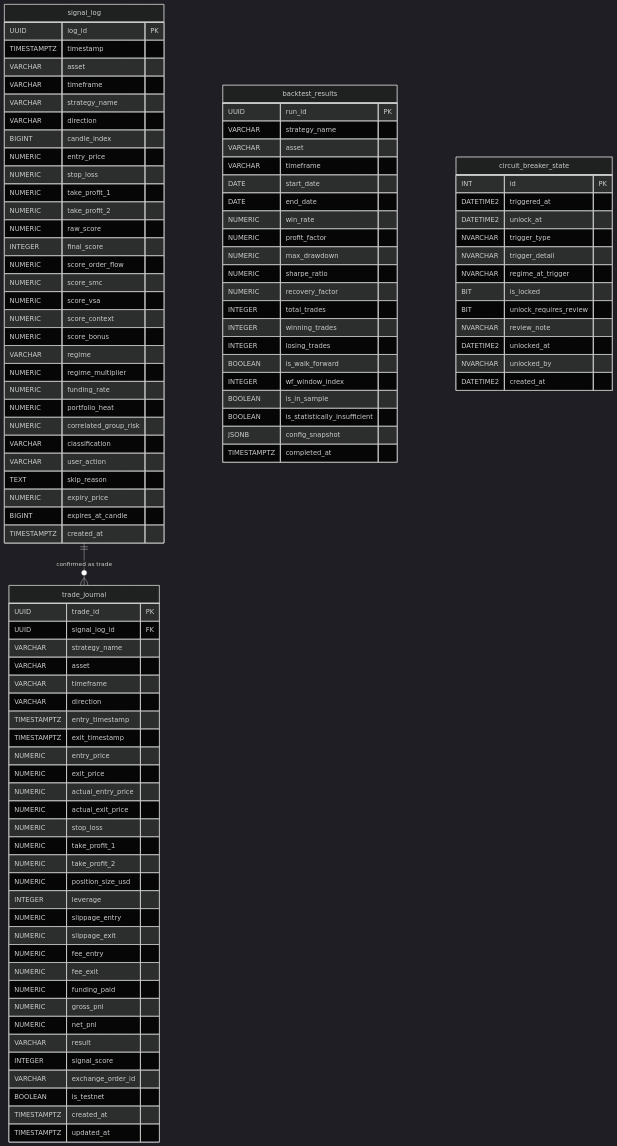
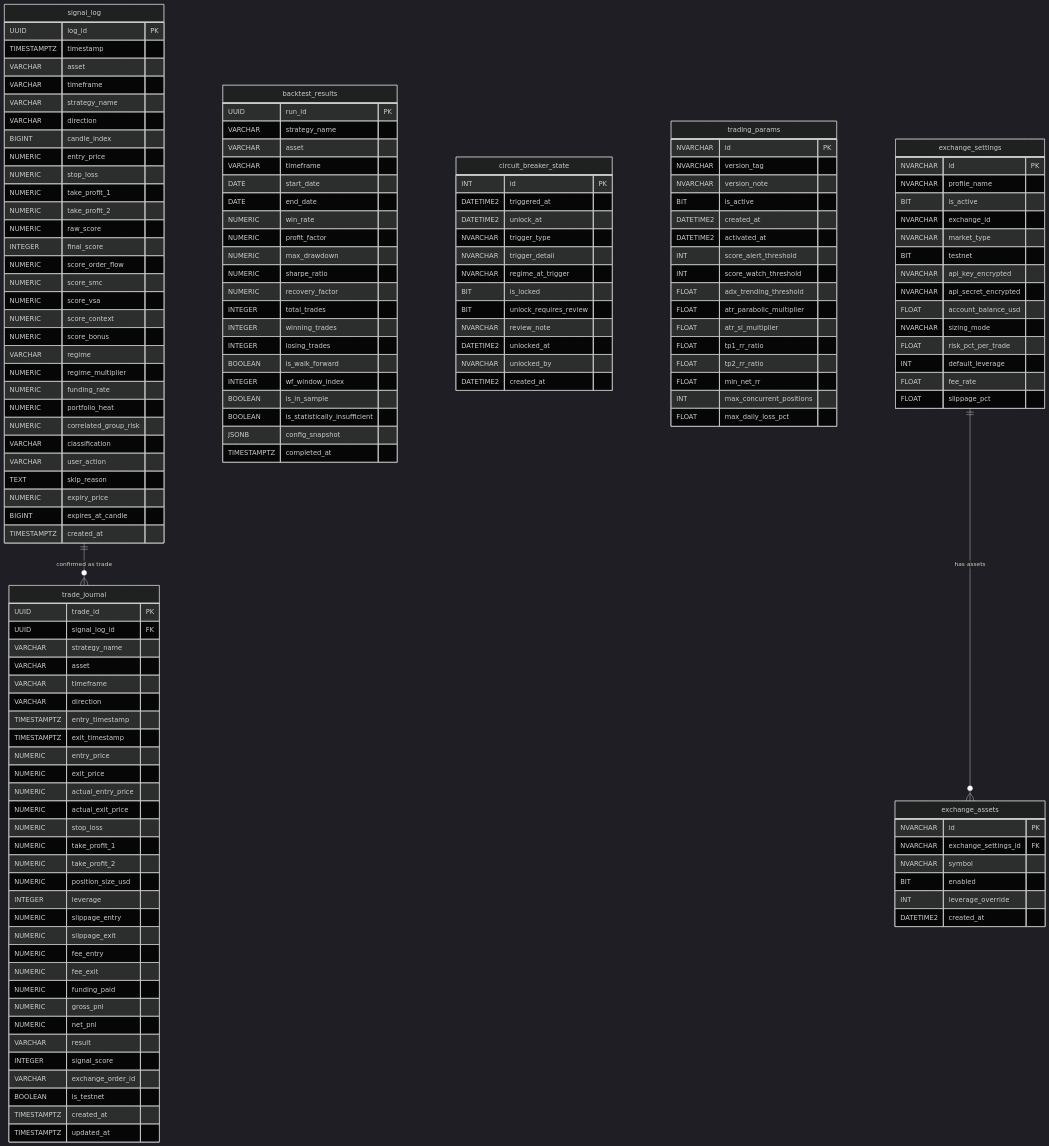
One commit to htquyen1994/test-primary changed the diagram in document/design/04-database-design.md. Above: the diagram before and after it, drawn with Mermaid (dark theme). The commit also changed other lines of this file and 2 other files, not shown here.

````diff
--- a/document/design/04-database-design.md
+++ b/document/design/04-database-design.md
@@ -109,5 +109,51 @@
         DATETIME2 created_at
     }
 
+    trading_params {
+        NVARCHAR id PK
+        NVARCHAR version_tag
+        NVARCHAR version_note
+        BIT is_active
+        DATETIME2 created_at
+        DATETIME2 activated_at
+        INT score_alert_threshold
+        INT score_watch_threshold
+        FLOAT adx_trending_threshold
+        FLOAT atr_parabolic_multiplier
+        FLOAT atr_sl_multiplier
+        FLOAT tp1_rr_ratio
+        FLOAT tp2_rr_ratio
+        FLOAT min_net_rr
+        INT max_concurrent_positions
+        FLOAT max_daily_loss_pct
+    }
+
+    exchange_settings {
+        NVARCHAR id PK
+        NVARCHAR profile_name
+        BIT is_active
+        NVARCHAR exchange_id
+        NVARCHAR market_type
+        BIT testnet
+        NVARCHAR api_key_encrypted
+        NVARCHAR api_secret_encrypted
+        FLOAT account_balance_usd
+        NVARCHAR sizing_mode
+        FLOAT risk_pct_per_trade
+        INT default_leverage
+        FLOAT fee_rate
+        FLOAT slippage_pct
+    }
+
+    exchange_assets {
+        NVARCHAR id PK
+        NVARCHAR exchange_settings_id FK
+        NVARCHAR symbol
+        BIT enabled
+        INT leverage_override
+        DATETIME2 created_at
+    }
+
     signal_log ||--o{ trade_journal : "confirmed as trade"
+    exchange_settings ||--o{ exchange_assets : "has assets"
 ```
````
